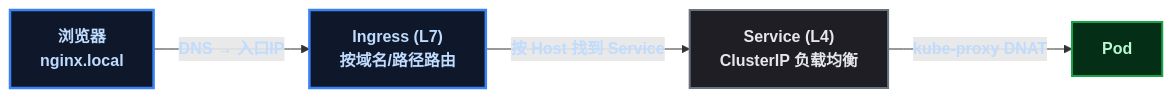
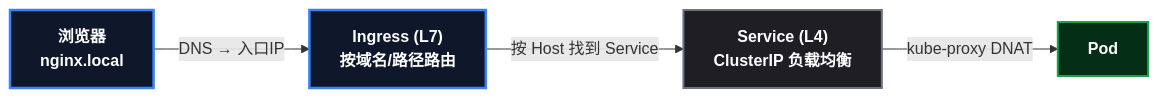
One commit to yaocat55/yaocat55.github.io changed the fourth of 4 diagrams in content/posts/kubernetes/K8sNetworkLayeringMap.md. Above: the diagram before and after it, drawn with Mermaid. The commit also changed other lines of this file, not shown here.

Commit message:
docs: 网络分层篇全部 Mermaid 改为 style 强制深底白字(classDef 在部分渲染器失效导致白底浅字)

````diff
--- a/content/posts/kubernetes/K8sNetworkLayeringMap.md
+++ b/content/posts/kubernetes/K8sNetworkLayeringMap.md
@@ -234,20 +238,17 @@
 ```mermaid
-%% 集群外访问: 域名 → Ingress(L7) → Service(L4) → Pod
+%% 集群外访问: 域名 → Ingress(L7) → Service(L4) → Pod (style 强制深底白字)
 flowchart LR
-    classDef root fill:#0f172a,stroke:#3b82f6,stroke-width:2.5px,color:#bfdbfe,font-weight:bold;
-    classDef process fill:#1e1e24,stroke:#6b7280,stroke-width:2px,color:#e5e7eb;
-    classDef data fill:#052e16,stroke:#16a34a,stroke-width:2px,color:#bbf7d0,font-weight:bold;
-
     U["浏览器<br/>nginx.local"]
     I["Ingress (L7)<br/>按域名/路径路由"]
     S["Service (L4)<br/>ClusterIP 负载均衡"]
     P["Pod"]
 
     U -->|"DNS → 入口IP"| I
     I -->|"按 Host 找到 Service"| S
     S -->|"kube-proxy DNAT"| P
 
-    class U,I root;
-    class S process;
-    class P data;
+    style U fill:#0f172a,stroke:#3b82f6,stroke-width:2.5px,color:#ffffff,font-weight:bold
+    style I fill:#0f172a,stroke:#3b82f6,stroke-width:2.5px,color:#ffffff,font-weight:bold
+    style S fill:#1e1e24,stroke:#6b7280,stroke-width:2px,color:#ffffff,font-weight:bold
+    style P fill:#052e16,stroke:#16a34a,stroke-width:2px,color:#ffffff,font-weight:bold
 ```
````
